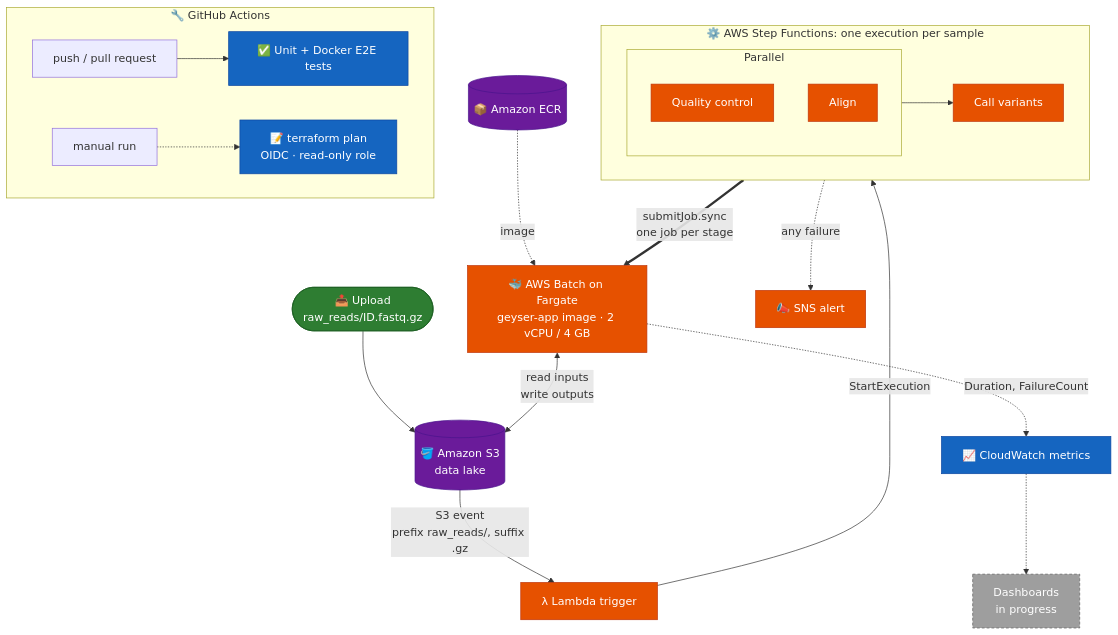
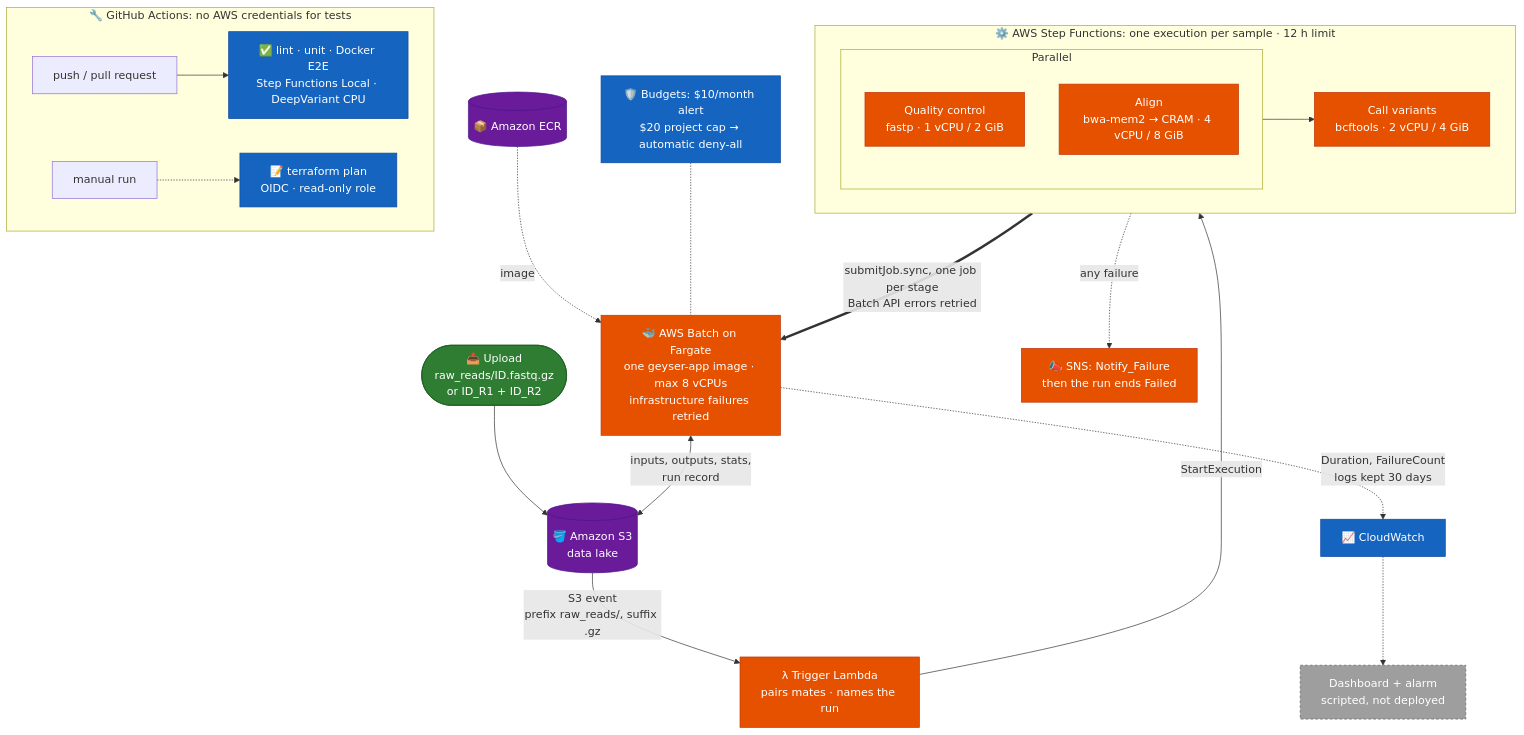
The second of 4 diagrams in README.md (Harry5haw/Geyser-Genomics), drawn with Mermaid before and after one commit. The commit also changed other lines of this file, not shown here.

````diff
--- a/README.md
+++ b/README.md
@@ -220,40 +236,41 @@
 ```mermaid
 flowchart TB
-    U(["📤 Upload<br/>raw_reads/ID.fastq.gz"]) --> S3[("🪣 Amazon S3<br/>data lake")]
-    S3 -->|"S3 event<br/>prefix raw_reads/, suffix .gz"| L["λ Lambda trigger"]
+    U(["📤 Upload<br/>raw_reads/ID.fastq.gz<br/>or ID_R1 + ID_R2"]) --> S3[("🪣 Amazon S3<br/>data lake")]
+    S3 -->|"S3 event<br/>prefix raw_reads/, suffix .gz"| L["λ Trigger Lambda<br/>pairs mates · names the run"]
     L -->|"StartExecution"| SFN
 
-    subgraph SFN ["⚙️ AWS Step Functions: one execution per sample"]
+    subgraph SFN ["⚙️ AWS Step Functions: one execution per sample · 12 h limit"]
         direction LR
         subgraph PAR ["Parallel"]
             direction TB
-            SF1["Quality control"]
-            SF2["Align"]
+            SF1["Quality control<br/>fastp · 1 vCPU / 2 GiB"]
+            SF2["Align<br/>bwa-mem2 → CRAM · 4 vCPU / 8 GiB"]
         end
-        PAR --> SF3["Call variants"]
+        PAR --> SF3["Call variants<br/>bcftools · 2 vCPU / 4 GiB"]
     end
 
-    SFN ==>|"submitJob.sync<br/>one job per stage"| BATCH["🐳 AWS Batch on Fargate<br/>geyser-app image · 2 vCPU / 4 GB"]
+    SFN ==>|"submitJob.sync, one job per stage<br/>Batch API errors retried"| BATCH["🐳 AWS Batch on Fargate<br/>one geyser-app image · max 8 vCPUs<br/>infrastructure failures retried"]
     ECR[("📦 Amazon ECR")] -.->|"image"| BATCH
-    BATCH <-->|"read inputs<br/>write outputs"| S3
-    SFN -.->|"any failure"| SNS["📣 SNS alert"]
-    BATCH -.->|"Duration, FailureCount"| CW["📈 CloudWatch metrics"]
-    CW -.-> DASH["Dashboards<br/>in progress"]
+    BATCH <-->|"inputs, outputs, stats,<br/>run record"| S3
+    SFN -.->|"any failure"| SNS["📣 SNS: Notify_Failure<br/>then the run ends Failed"]
+    BATCH -.->|"Duration, FailureCount<br/>logs kept 30 days"| CW["📈 CloudWatch"]
+    CW -.-> DASH["Dashboard + alarm<br/>scripted, not deployed"]
+    BUD["🛡️ Budgets: $10/month alert<br/>$20 project cap → automatic deny-all"] -.- BATCH
 
-    subgraph GHA ["🔧 GitHub Actions"]
+    subgraph GHA ["🔧 GitHub Actions: no AWS credentials for tests"]
         direction LR
-        PUSH["push / pull request"] --> TESTS["✅ Unit + Docker E2E tests"]
+        PUSH["push / pull request"] --> TESTS["✅ lint · unit · Docker E2E<br/>Step Functions Local · DeepVariant CPU"]
         MAN["manual run"] -.-> PLAN["📝 terraform plan<br/>OIDC · read-only role"]
     end
 
     classDef user fill:#2E7D32,stroke:#1B5E20,color:#fff
     classDef store fill:#6A1B9A,stroke:#4A148C,color:#fff
     classDef aws fill:#E65100,stroke:#BF360C,color:#fff
     classDef obs fill:#1565C0,stroke:#0D47A1,color:#fff
     classDef pending fill:#9E9E9E,stroke:#616161,color:#fff,stroke-dasharray: 4 3
     class U user
     class S3,ECR store
-    class L,SF1,SF2,SF3,SF4,BATCH,SNS aws
-    class CW,TESTS,PLAN obs
+    class L,SF1,SF2,SF3,BATCH,SNS aws
+    class CW,TESTS,PLAN,BUD obs
     class DASH pending
 ```
````
